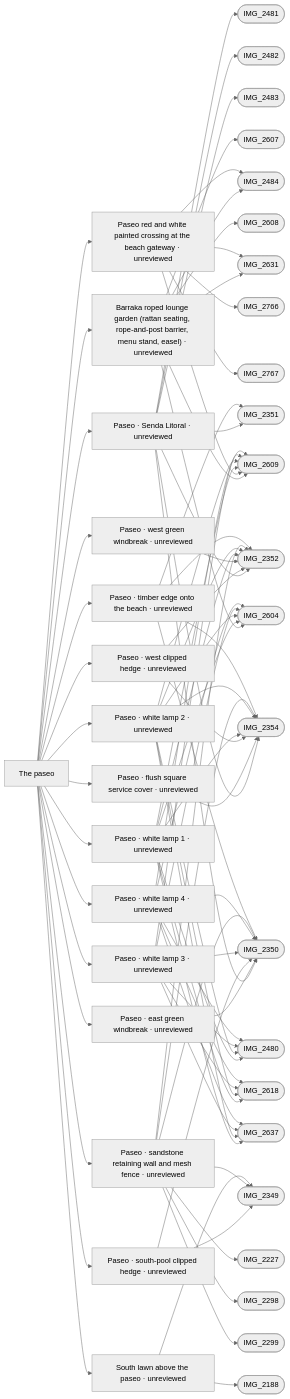
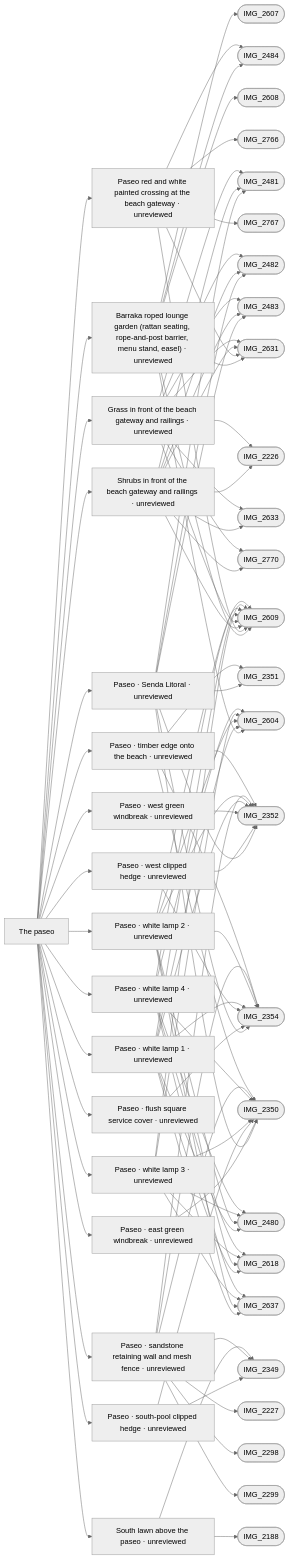
One commit to daveyboyc/villacana-venture changed the diagram in refs/areas/paseo.md. Above: the diagram before and after it, drawn with Mermaid (neutral theme). The commit also changed other lines of this file and 20 other files, not shown here.

First line of the commit message:
Show Barraka's dry verge, the beach deck, and a schematic barbecue boat.

````diff
--- a/refs/areas/paseo.md
+++ b/refs/areas/paseo.md
@@ -70,62 +70,80 @@
   F2 --> PIMG_2631_jpg(["IMG_2631"])
   F2 --> PIMG_2766_jpg(["IMG_2766"])
   F2 --> PIMG_2767_jpg(["IMG_2767"])
-  A --> F3["Paseo · east green windbreak · unreviewed"]
-  F3 --> PIMG_2350_jpg(["IMG_2350"])
-  A --> F4["Paseo · south-pool clipped hedge · unreviewed"]
-  F4 --> PIMG_2349_jpg(["IMG_2349"])
-  F4 --> PIMG_2350_jpg(["IMG_2350"])
-  A --> F5["Paseo · flush square service cover · unreviewed"]
-  F5 --> PIMG_2354_jpg(["IMG_2354"])
-  A --> F6["Paseo · west clipped hedge · unreviewed"]
-  F6 --> PIMG_2352_jpg(["IMG_2352"])
-  F6 --> PIMG_2354_jpg(["IMG_2354"])
-  A --> F7["Paseo · west green windbreak · unreviewed"]
-  F7 --> PIMG_2352_jpg(["IMG_2352"])
-  A --> F8["Paseo · white lamp 1 · unreviewed"]
+  A --> F3["Shrubs in front of the beach gateway and railings · unreviewed"]
+  F3 --> PIMG_2226_jpg(["IMG_2226"])
+  F3 --> PIMG_2481_jpg(["IMG_2481"])
+  F3 --> PIMG_2482_jpg(["IMG_2482"])
+  F3 --> PIMG_2483_jpg(["IMG_2483"])
+  F3 --> PIMG_2609_jpg(["IMG_2609"])
+  F3 --> PIMG_2631_jpg(["IMG_2631"])
+  F3 --> PIMG_2633_jpg(["IMG_2633"])
+  F3 --> PIMG_2770_jpg(["IMG_2770"])
+  A --> F4["Grass in front of the beach gateway and railings · unreviewed"]
+  F4 --> PIMG_2226_jpg(["IMG_2226"])
+  F4 --> PIMG_2481_jpg(["IMG_2481"])
+  F4 --> PIMG_2482_jpg(["IMG_2482"])
+  F4 --> PIMG_2483_jpg(["IMG_2483"])
+  F4 --> PIMG_2609_jpg(["IMG_2609"])
+  F4 --> PIMG_2631_jpg(["IMG_2631"])
+  F4 --> PIMG_2633_jpg(["IMG_2633"])
+  F4 --> PIMG_2770_jpg(["IMG_2770"])
+  A --> F5["Paseo · east green windbreak · unreviewed"]
+  F5 --> PIMG_2350_jpg(["IMG_2350"])
+  A --> F6["Paseo · south-pool clipped hedge · unreviewed"]
+  F6 --> PIMG_2349_jpg(["IMG_2349"])
+  F6 --> PIMG_2350_jpg(["IMG_2350"])
+  A --> F7["Paseo · flush square service cover · unreviewed"]
+  F7 --> PIMG_2354_jpg(["IMG_2354"])
+  A --> F8["Paseo · west clipped hedge · unreviewed"]
   F8 --> PIMG_2352_jpg(["IMG_2352"])
   F8 --> PIMG_2354_jpg(["IMG_2354"])
-  F8 --> PIMG_2480_jpg(["IMG_2480"])
-  F8 --> PIMG_2604_jpg(["IMG_2604"])
-  F8 --> PIMG_2609_jpg(["IMG_2609"])
-  F8 --> PIMG_2618_jpg(["IMG_2618"])
-  F8 --> PIMG_2637_jpg(["IMG_2637"])
-  A --> F9["Paseo · white lamp 2 · unreviewed"]
+  A --> F9["Paseo · west green windbreak · unreviewed"]
   F9 --> PIMG_2352_jpg(["IMG_2352"])
-  F9 --> PIMG_2354_jpg(["IMG_2354"])
-  F9 --> PIMG_2480_jpg(["IMG_2480"])
-  F9 --> PIMG_2604_jpg(["IMG_2604"])
-  F9 --> PIMG_2609_jpg(["IMG_2609"])
-  F9 --> PIMG_2618_jpg(["IMG_2618"])
-  F9 --> PIMG_2637_jpg(["IMG_2637"])
-  A --> F10["Paseo · white lamp 3 · unreviewed"]
-  F10 --> PIMG_2350_jpg(["IMG_2350"])
+  A --> F10["Paseo · white lamp 1 · unreviewed"]
+  F10 --> PIMG_2352_jpg(["IMG_2352"])
+  F10 --> PIMG_2354_jpg(["IMG_2354"])
   F10 --> PIMG_2480_jpg(["IMG_2480"])
   F10 --> PIMG_2604_jpg(["IMG_2604"])
   F10 --> PIMG_2609_jpg(["IMG_2609"])
   F10 --> PIMG_2618_jpg(["IMG_2618"])
   F10 --> PIMG_2637_jpg(["IMG_2637"])
-  A --> F11["Paseo · white lamp 4 · unreviewed"]
-  F11 --> PIMG_2350_jpg(["IMG_2350"])
+  A --> F11["Paseo · white lamp 2 · unreviewed"]
+  F11 --> PIMG_2352_jpg(["IMG_2352"])
+  F11 --> PIMG_2354_jpg(["IMG_2354"])
   F11 --> PIMG_2480_jpg(["IMG_2480"])
   F11 --> PIMG_2604_jpg(["IMG_2604"])
   F11 --> PIMG_2609_jpg(["IMG_2609"])
   F11 --> PIMG_2618_jpg(["IMG_2618"])
   F11 --> PIMG_2637_jpg(["IMG_2637"])
-  A --> F12["Paseo · sandstone retaining wall and mesh fence · unreviewed"]
-  F12 --> PIMG_2227_jpg(["IMG_2227"])
-  F12 --> PIMG_2298_jpg(["IMG_2298"])
-  F12 --> PIMG_2299_jpg(["IMG_2299"])
-  F12 --> PIMG_2349_jpg(["IMG_2349"])
+  A --> F12["Paseo · white lamp 3 · unreviewed"]
   F12 --> PIMG_2350_jpg(["IMG_2350"])
-  F12 --> PIMG_2352_jpg(["IMG_2352"])
-  F12 --> PIMG_2354_jpg(["IMG_2354"])
-  A --> F13["Paseo · timber edge onto the beach · unreviewed"]
+  F12 --> PIMG_2480_jpg(["IMG_2480"])
+  F12 --> PIMG_2604_jpg(["IMG_2604"])
+  F12 --> PIMG_2609_jpg(["IMG_2609"])
+  F12 --> PIMG_2618_jpg(["IMG_2618"])
+  F12 --> PIMG_2637_jpg(["IMG_2637"])
+  A --> F13["Paseo · white lamp 4 · unreviewed"]
   F13 --> PIMG_2350_jpg(["IMG_2350"])
-  F13 --> PIMG_2351_jpg(["IMG_2351"])
-  F13 --> PIMG_2352_jpg(["IMG_2352"])
-  F13 --> PIMG_2354_jpg(["IMG_2354"])
-  A --> F14["South lawn above the paseo · unreviewed"]
-  F14 --> PIMG_2188_jpg(["IMG_2188"])
+  F13 --> PIMG_2480_jpg(["IMG_2480"])
+  F13 --> PIMG_2604_jpg(["IMG_2604"])
+  F13 --> PIMG_2609_jpg(["IMG_2609"])
+  F13 --> PIMG_2618_jpg(["IMG_2618"])
+  F13 --> PIMG_2637_jpg(["IMG_2637"])
+  A --> F14["Paseo · sandstone retaining wall and mesh fence · unreviewed"]
+  F14 --> PIMG_2227_jpg(["IMG_2227"])
+  F14 --> PIMG_2298_jpg(["IMG_2298"])
+  F14 --> PIMG_2299_jpg(["IMG_2299"])
   F14 --> PIMG_2349_jpg(["IMG_2349"])
+  F14 --> PIMG_2350_jpg(["IMG_2350"])
+  F14 --> PIMG_2352_jpg(["IMG_2352"])
+  F14 --> PIMG_2354_jpg(["IMG_2354"])
+  A --> F15["Paseo · timber edge onto the beach · unreviewed"]
+  F15 --> PIMG_2350_jpg(["IMG_2350"])
+  F15 --> PIMG_2351_jpg(["IMG_2351"])
+  F15 --> PIMG_2352_jpg(["IMG_2352"])
+  F15 --> PIMG_2354_jpg(["IMG_2354"])
+  A --> F16["South lawn above the paseo · unreviewed"]
+  F16 --> PIMG_2188_jpg(["IMG_2188"])
+  F16 --> PIMG_2349_jpg(["IMG_2349"])
 ```
````
